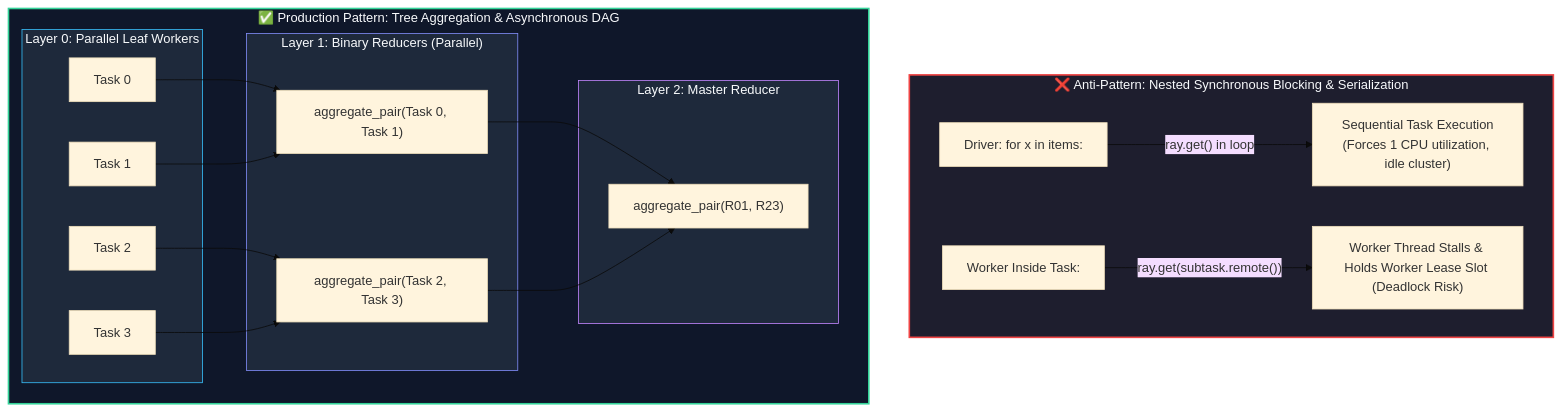
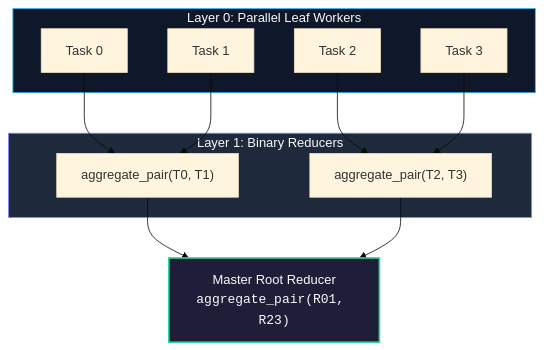
The diagram in docs/guides/07-patterns-and-antipatterns.md (dnf0/raylings), drawn with Mermaid (base theme) before and after one commit. The commit also changed other lines of this file and 22 other files, not shown here.

Commit message:
docs: streamline mermaid diagrams and attach conceptual walkthroughs (#26)

````diff
--- a/docs/guides/07-patterns-and-antipatterns.md
+++ b/docs/guides/07-patterns-and-antipatterns.md
@@ -17,36 +17,27 @@
 ```mermaid
 flowchart TD
-    subgraph AntiPattern["❌ Anti-Pattern: Nested Synchronous Blocking & Serialization"]
-        DriverBad["Driver: for x in items:"] -->|"ray.get() in loop"| BadTask["Sequential Task Execution<br/>(Forces 1 CPU utilization, idle cluster)"]
-        WorkerBad["Worker Inside Task:"] -->|"ray.get(subtask.remote())"| Stall["Worker Thread Stalls & Holds Worker Lease Slot (Deadlock Risk)"]
+    subgraph Leaves["Layer 0: Parallel Leaf Workers"]
+        T0["Task 0"]
+        T1["Task 1"]
+        T2["Task 2"]
+        T3["Task 3"]
     end
 
-    subgraph ProductionPattern["✅ Production Pattern: Tree Aggregation & Asynchronous DAG"]
-        subgraph Leaves["Layer 0: Parallel Leaf Workers"]
-            L0["Task 0"]
-            L1["Task 1"]
-            L2["Task 2"]
-            L3["Task 3"]
-        end
-        subgraph Level1["Layer 1: Binary Reducers (Parallel)"]
-            R01["aggregate_pair(Task 0, Task 1)"]
-            R23["aggregate_pair(Task 2, Task 3)"]
-        end
-        subgraph Root["Layer 2: Master Reducer"]
-            RootNode["aggregate_pair(R01, R23)"]
-        end
-
-        L0 --> R01
-        L1 --> R01
-        L2 --> R23
-        L3 --> R23
-        R01 --> RootNode
-        R23 --> RootNode
+    subgraph Intermediate["Layer 1: Binary Reducers"]
+        R01["aggregate_pair(T0, T1)"]
+        R23["aggregate_pair(T2, T3)"]
     end
 
-    style AntiPattern fill:#1e1e2e,stroke:#ef4444,stroke-width:2px,color:#f8fafc
-    style ProductionPattern fill:#0f172a,stroke:#34d399,stroke-width:2px,color:#f8fafc
-    style Leaves fill:#1e293b,stroke:#38bdf8,stroke-width:1px,color:#f8fafc
-    style Level1 fill:#1e293b,stroke:#818cf8,stroke-width:1px,color:#f8fafc
-    style Root fill:#1e293b,stroke:#c084fc,stroke-width:1px,color:#f8fafc
+    Final["Master Root Reducer<br/><code>aggregate_pair(R01, R23)</code>"]
+
+    T0 --> R01
+    T1 --> R01
+    T2 --> R23
+    T3 --> R23
+    R01 --> Final
+    R23 --> Final
+
+    style Leaves fill:#0f172a,stroke:#38bdf8,stroke-width:1px,color:#f8fafc
+    style Intermediate fill:#1e293b,stroke:#818cf8,stroke-width:1px,color:#f8fafc
+    style Final fill:#1e1e38,stroke:#34d399,stroke-width:2px,color:#f8fafc
 ```
````
